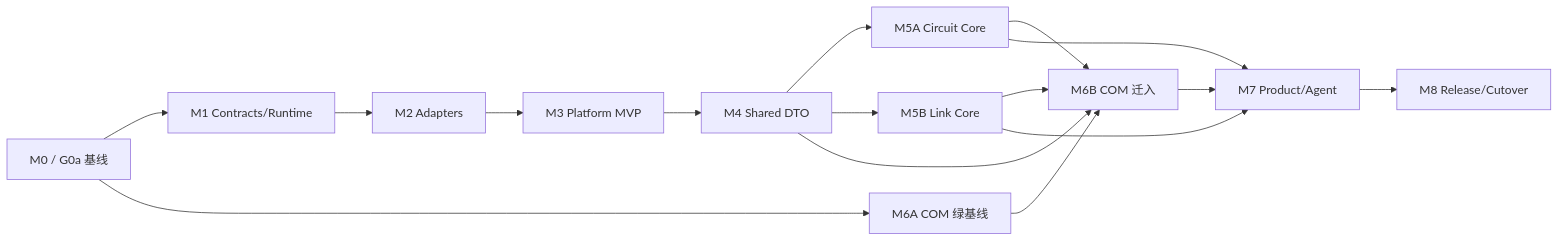
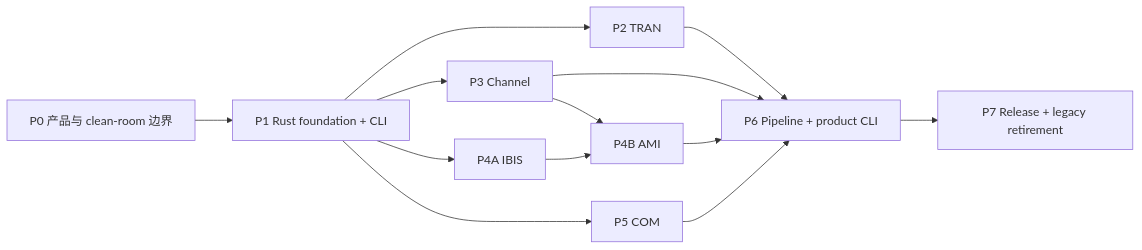
The diagram in PLAN.md (z331225718/SIPI-sim-agent), drawn with Mermaid before and after one commit. The commit also changed other lines of this file and 3 other files, not shown here.

Commit message:
docs: rebaseline native MIT Rust platform

````diff
--- a/PLAN.md
+++ b/PLAN.md
@@ -60,18 +59,15 @@
 ```mermaid
 flowchart LR
-    M0["M0 / G0a 基线"] --> M1["M1 Contracts/Runtime"]
-    M1 --> M2["M2 Adapters"]
-    M2 --> M3["M3 Platform MVP"]
-    M3 --> M4["M4 Shared DTO"]
-    M4 --> M5A["M5A Circuit Core"]
-    M4 --> M5B["M5B Link Core"]
-    M0 --> M6A["M6A COM 绿基线"]
-    M4 --> M6B["M6B COM 迁入"]
-    M6A --> M6B
-    M5A --> M6B
-    M5B --> M6B
-    M5A --> M7["M7 Product/Agent"]
-    M5B --> M7
-    M6B --> M7
-    M7 --> M8["M8 Release/Cutover"]
+    P0["P0 产品与 clean-room 边界"] --> P1["P1 Rust foundation + CLI"]
+    P1 --> P2["P2 TRAN"]
+    P1 --> P3["P3 Channel"]
+    P1 --> P4A["P4A IBIS"]
+    P3 --> P4B["P4B AMI"]
+    P4A --> P4B
+    P1 --> P5["P5 COM"]
+    P2 --> P6["P6 Pipeline + product CLI"]
+    P3 --> P6
+    P4B --> P6
+    P5 --> P6
+    P6 --> P7["P7 Release + legacy retirement"]
 ```
````
